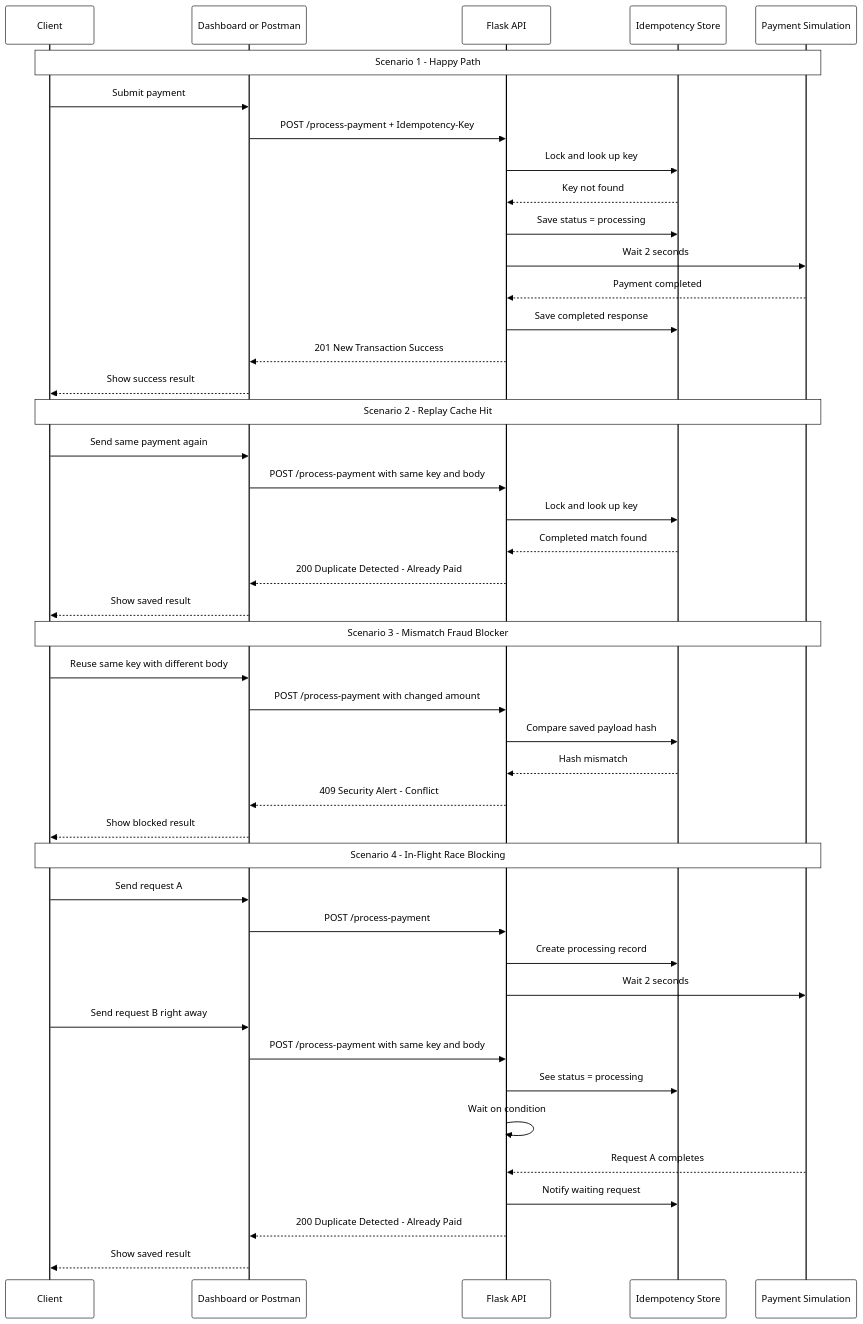
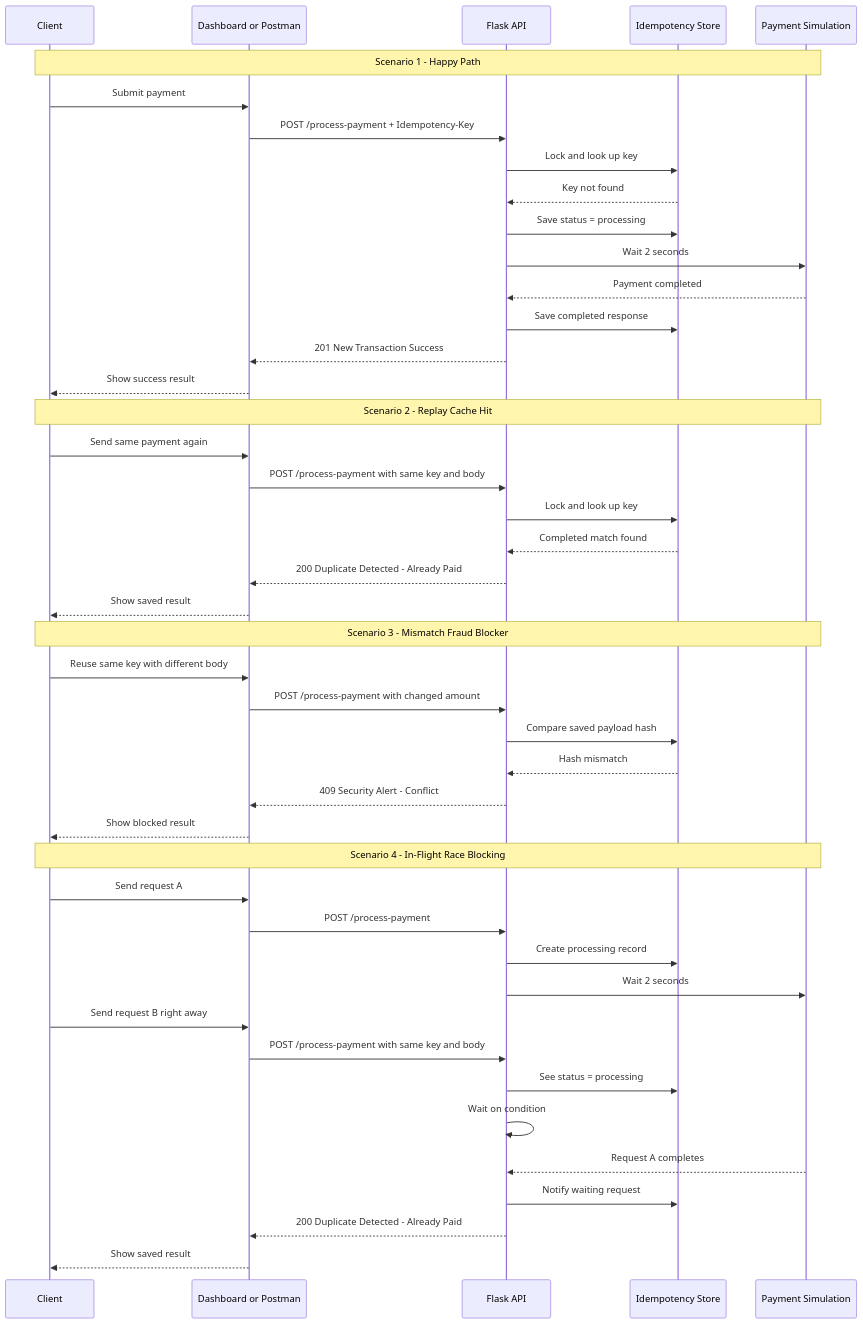
The diagram in README.md (am2aidi/amalitech-idempotency-gateway), drawn with Mermaid before and after one commit.

Commit message:
docs: let github theme render mermaid cleanly

````diff
--- a/README.md
+++ b/README.md
@@ -19,77 +19,50 @@
 ```mermaid
-%%{init: {'theme': 'base', 'themeVariables': {
-  'background': '#ffffff',
-  'primaryColor': '#ffffff',
-  'primaryBorderColor': '#000000',
-  'primaryTextColor': '#000000',
-  'secondaryColor': '#ffffff',
-  'secondaryBorderColor': '#000000',
-  'secondaryTextColor': '#000000',
-  'tertiaryColor': '#ffffff',
-  'tertiaryBorderColor': '#000000',
-  'tertiaryTextColor': '#000000',
-  'lineColor': '#000000',
-  'textColor': '#000000',
-  'mainBkg': '#ffffff',
-  'actorBkg': '#ffffff',
-  'actorBorder': '#000000',
-  'actorTextColor': '#000000',
-  'signalColor': '#000000',
-  'signalTextColor': '#000000',
-  'labelBoxBkgColor': '#ffffff',
-  'labelBoxBorderColor': '#000000',
-  'labelTextColor': '#000000',
-  'loopTextColor': '#000000',
-  'noteBkgColor': '#ffffff',
-  'noteBorderColor': '#000000',
-  'noteTextColor': '#000000'
-}}}%%
 sequenceDiagram
     participant Client
     participant UI as Dashboard or Postman
     participant API as Flask API
     participant Store as Idempotency Store
     participant Processor as Payment Simulation
 
     Note over Client,Processor: Scenario 1 - Happy Path
     Client->>UI: Submit payment
     UI->>API: POST /process-payment + Idempotency-Key
     API->>Store: Lock and look up key
     Store-->>API: Key not found
     API->>Store: Save status = processing
     API->>Processor: Wait 2 seconds
     Processor-->>API: Payment completed
     API->>Store: Save completed response
     API-->>UI: 201 New Transaction Success
     UI-->>Client: Show success result
 
     Note over Client,Processor: Scenario 2 - Replay Cache Hit
     Client->>UI: Send same payment again
     UI->>API: POST /process-payment with same key and body
     API->>Store: Lock and look up key
     Store-->>API: Completed match found
     API-->>UI: 200 Duplicate Detected - Already Paid
     UI-->>Client: Show saved result
 
     Note over Client,Processor: Scenario 3 - Mismatch Fraud Blocker
     Client->>UI: Reuse same key with different body
     UI->>API: POST /process-payment with changed amount
     API->>Store: Compare saved payload hash
     Store-->>API: Hash mismatch
     API-->>UI: 409 Security Alert - Conflict
     UI-->>Client: Show blocked result
 
     Note over Client,Processor: Scenario 4 - In-Flight Race Blocking
     Client->>UI: Send request A
     UI->>API: POST /process-payment
     API->>Store: Create processing record
     API->>Processor: Wait 2 seconds
     Client->>UI: Send request B right away
     UI->>API: POST /process-payment with same key and body
     API->>Store: See status = processing
     API->>API: Wait on condition
     Processor-->>API: Request A completes
     API->>Store: Notify waiting request
     API-->>UI: 200 Duplicate Detected - Already Paid
     UI-->>Client: Show saved result
 ```
````
